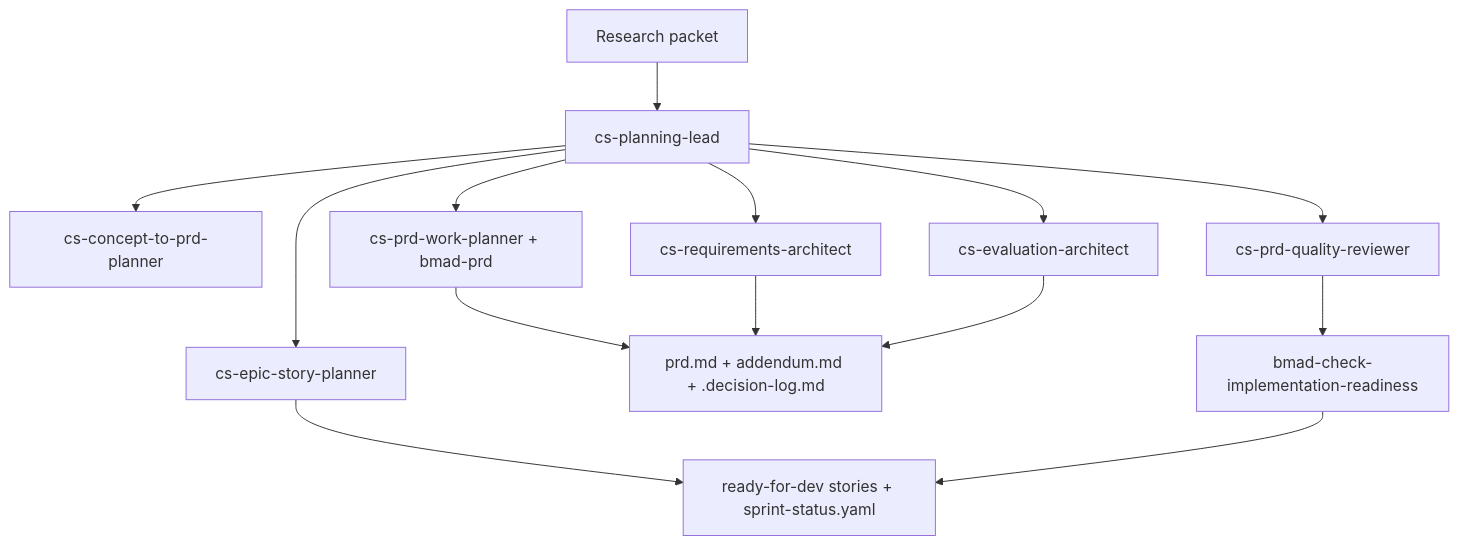
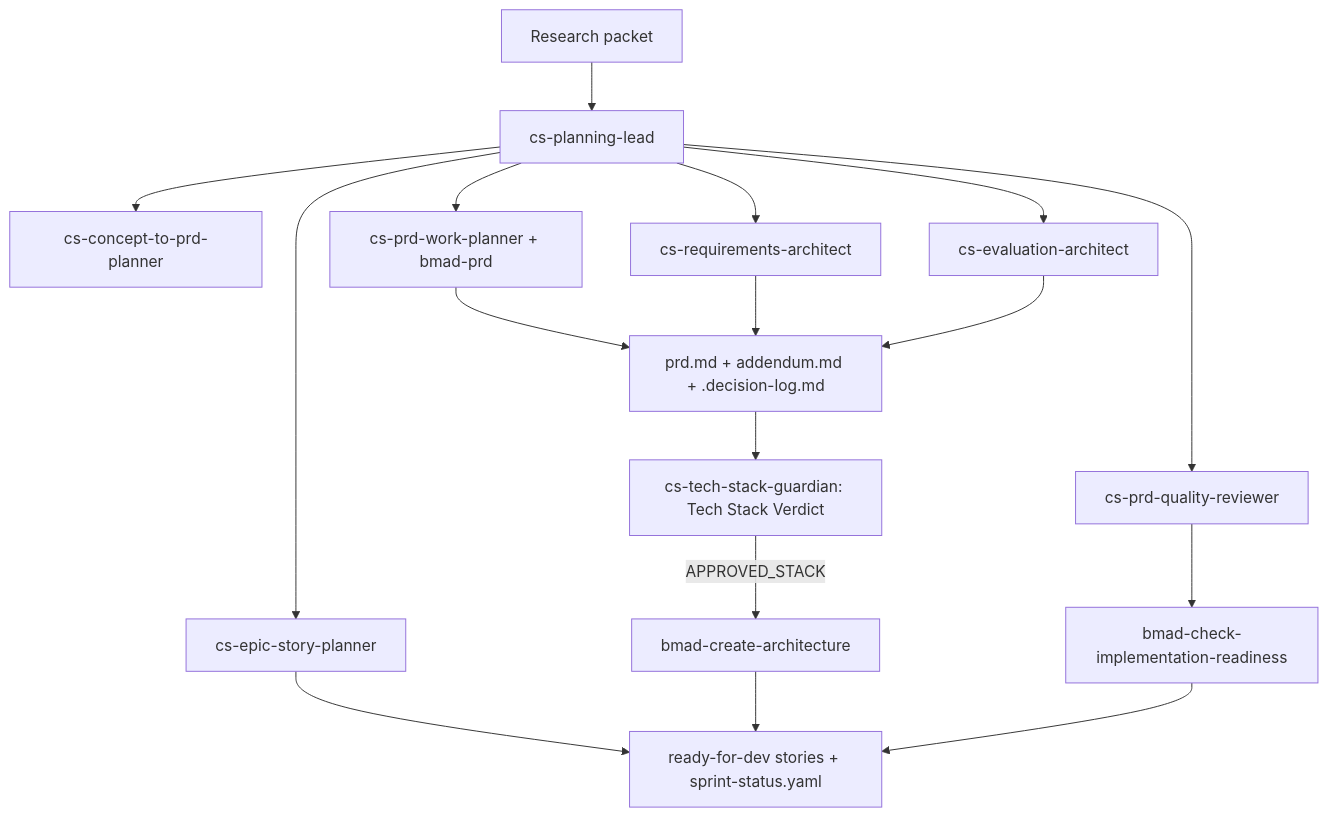
Before and after one commit to Richyboy170/AI-Flow-Spec-Driven-Agents: the third of 5 diagrams in README.md, drawn with Mermaid. The commit also changed other lines of this file and 29 other files, not shown here.

````diff
--- a/README.md
+++ b/README.md
@@ -94,17 +172,20 @@
 ```mermaid
 flowchart TD
   Packet[Research packet] --> Planning[cs-planning-lead]
   Planning --> Concept[cs-concept-to-prd-planner]
   Planning --> Req[cs-requirements-architect]
   Planning --> PRD[cs-prd-work-planner + bmad-prd]
   Planning --> Eval[cs-evaluation-architect]
   Planning --> Review[cs-prd-quality-reviewer]
   Planning --> Stories[cs-epic-story-planner]
 
   PRD --> Artifacts[prd.md + addendum.md + .decision-log.md]
   Req --> Artifacts
   Eval --> Artifacts
+  Artifacts --> Gate[cs-tech-stack-guardian: Tech Stack Verdict]
+  Gate -->|APPROVED_STACK| Arch[bmad-create-architecture]
   Review --> Readiness[bmad-check-implementation-readiness]
   Stories --> Ready[ready-for-dev stories + sprint-status.yaml]
+  Arch --> Ready
   Readiness --> Ready
 ```
````
